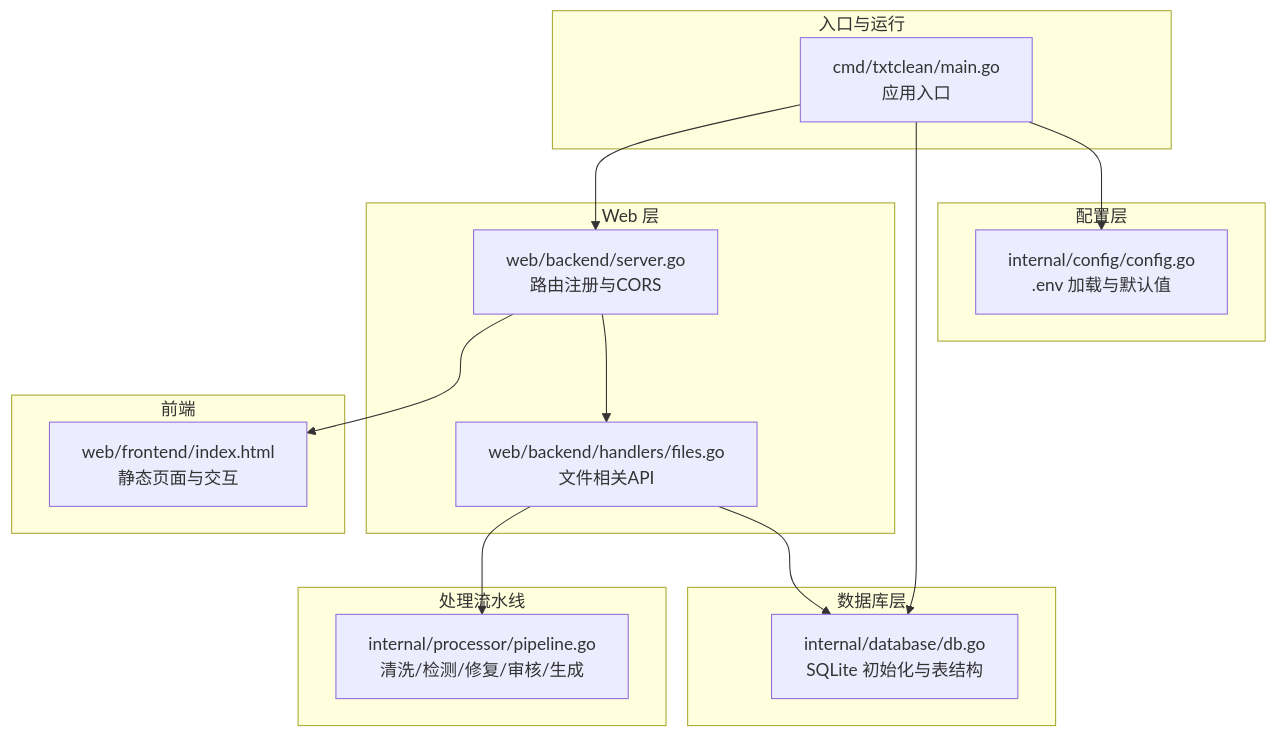
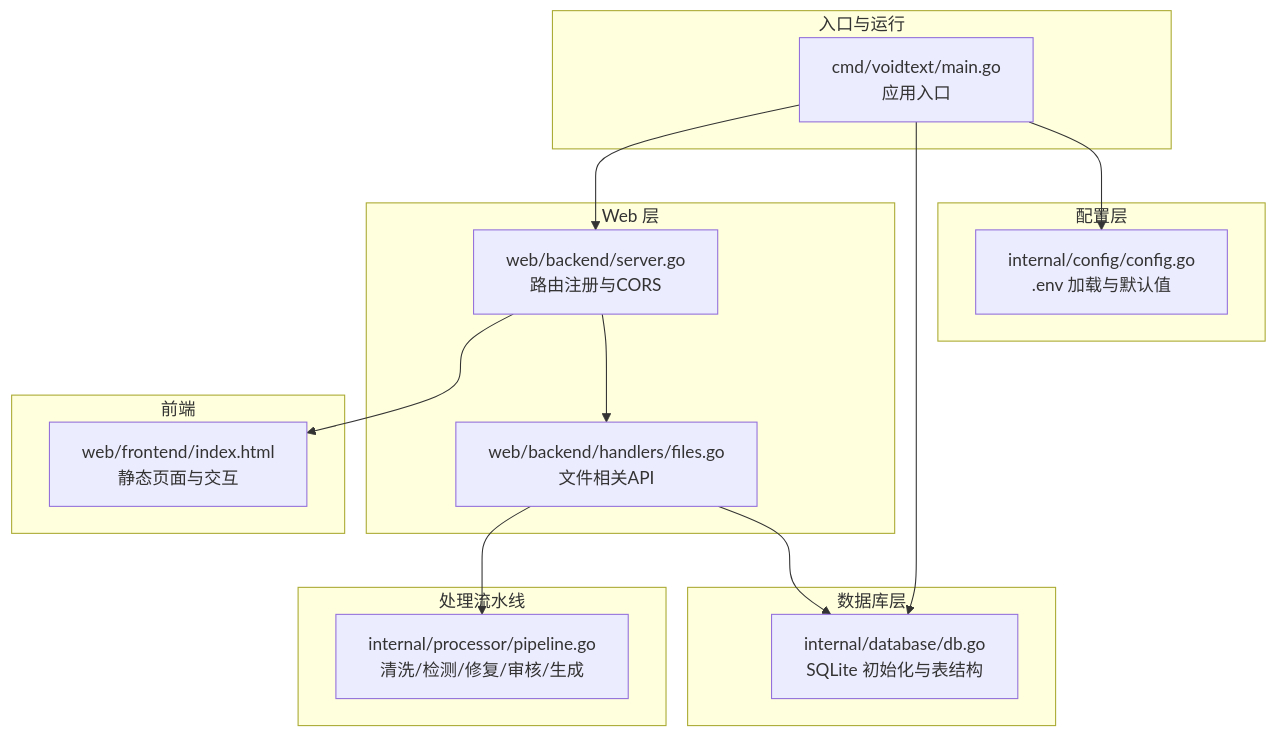
The first of 3 diagrams in repowikis/项目概述/快速开始.md (handy-h/VoidText), drawn with Mermaid before and after one commit. The commit also changed other lines of this file and 101 other files, not shown here.

````diff
--- a/repowikis/项目概述/快速开始.md
+++ b/repowikis/项目概述/快速开始.md
@@ -37,29 +37,29 @@
 ```mermaid
 graph TB
 subgraph "入口与运行"
-M["cmd/txtclean/main.go<br/>应用入口"]
+M["cmd/voidtext/main.go<br/>应用入口"]
 end
 subgraph "配置层"
 C["internal/config/config.go<br/>.env 加载与默认值"]
 end
 subgraph "数据库层"
 D["internal/database/db.go<br/>SQLite 初始化与表结构"]
 end
 subgraph "Web 层"
 S["web/backend/server.go<br/>路由注册与CORS"]
 H["web/backend/handlers/files.go<br/>文件相关API"]
 end
 subgraph "前端"
 F["web/frontend/index.html<br/>静态页面与交互"]
 end
 subgraph "处理流水线"
 P["internal/processor/pipeline.go<br/>清洗/检测/修复/审核/生成"]
 end
 M --> C
 M --> D
 M --> S
 S --> H
 H --> D
 H --> P
 S --> F
 ```
````
